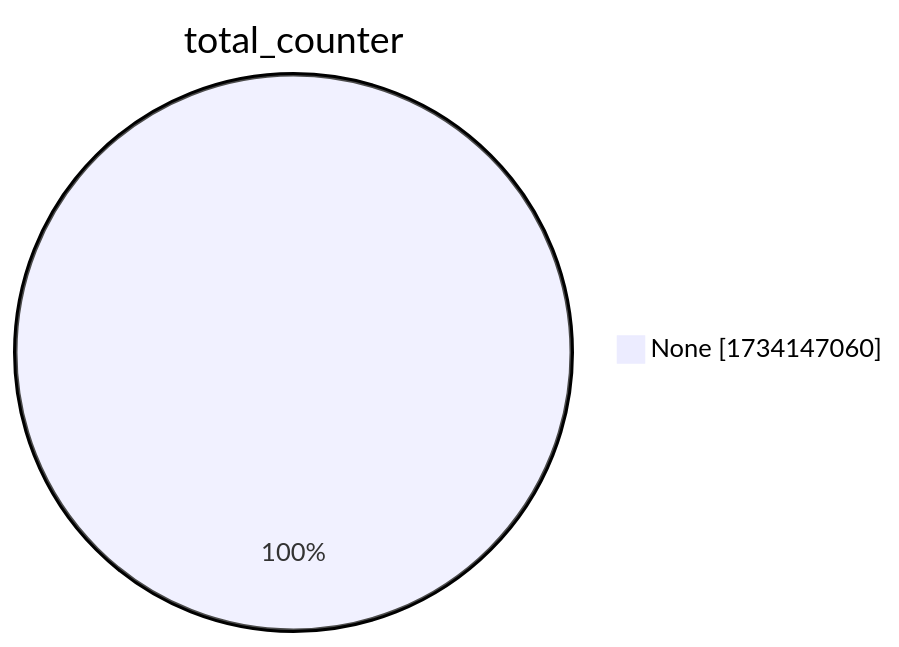
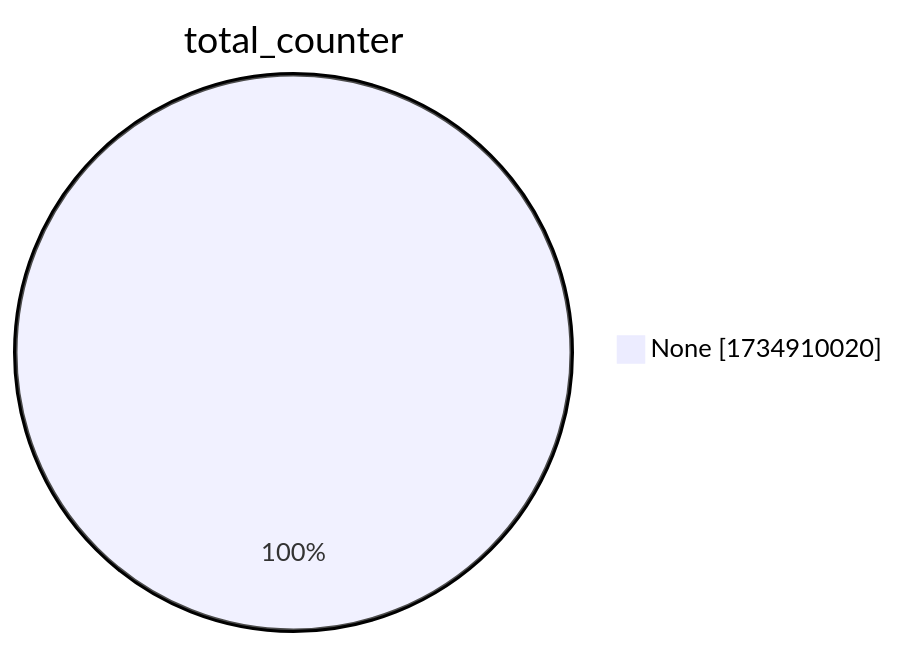
Before and after one commit to christiankrug/ctmonitor_visualization: the second of 15 diagrams in xenon2022/README.md, drawn with Mermaid. The commit also changed other lines of this file, not shown here.

````diff
--- a/xenon2022/README.md
+++ b/xenon2022/README.md
@@ -9,5 +9,5 @@
 ```mermaid
 pie showData
 title total_counter
-"None" :1734147060
+"None" :1734910020
 ```
````
